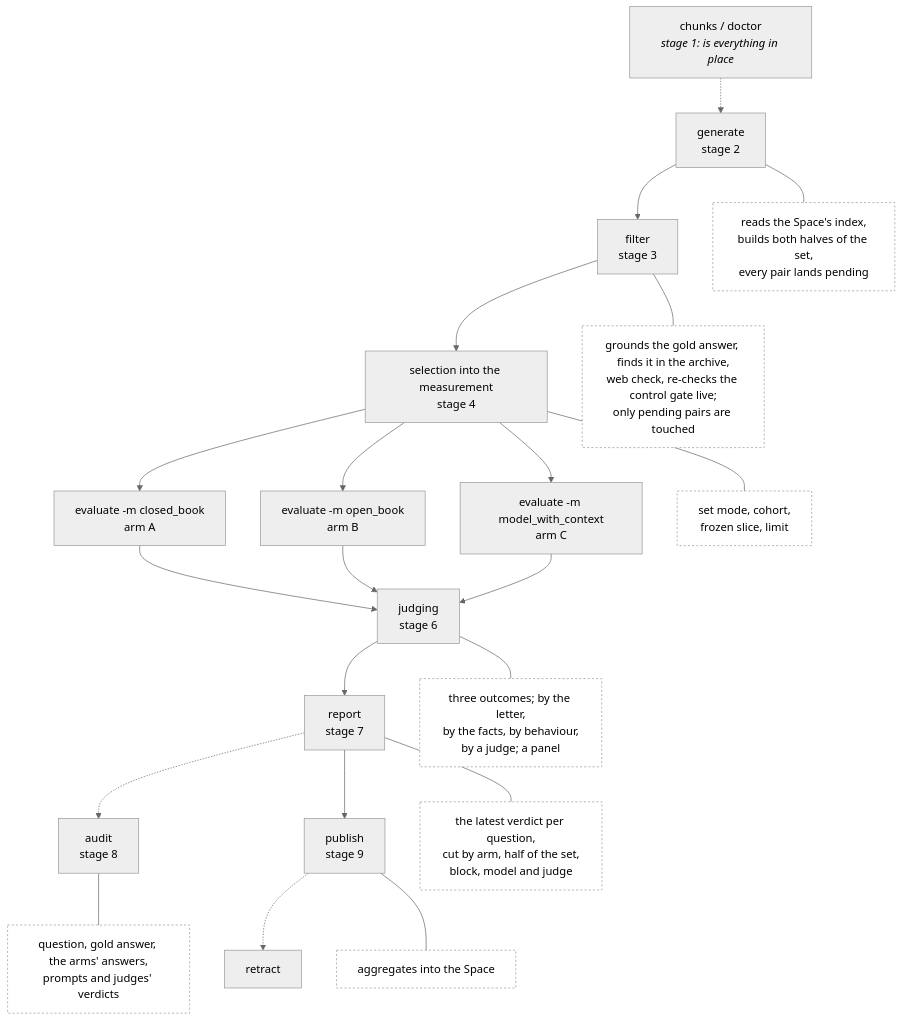
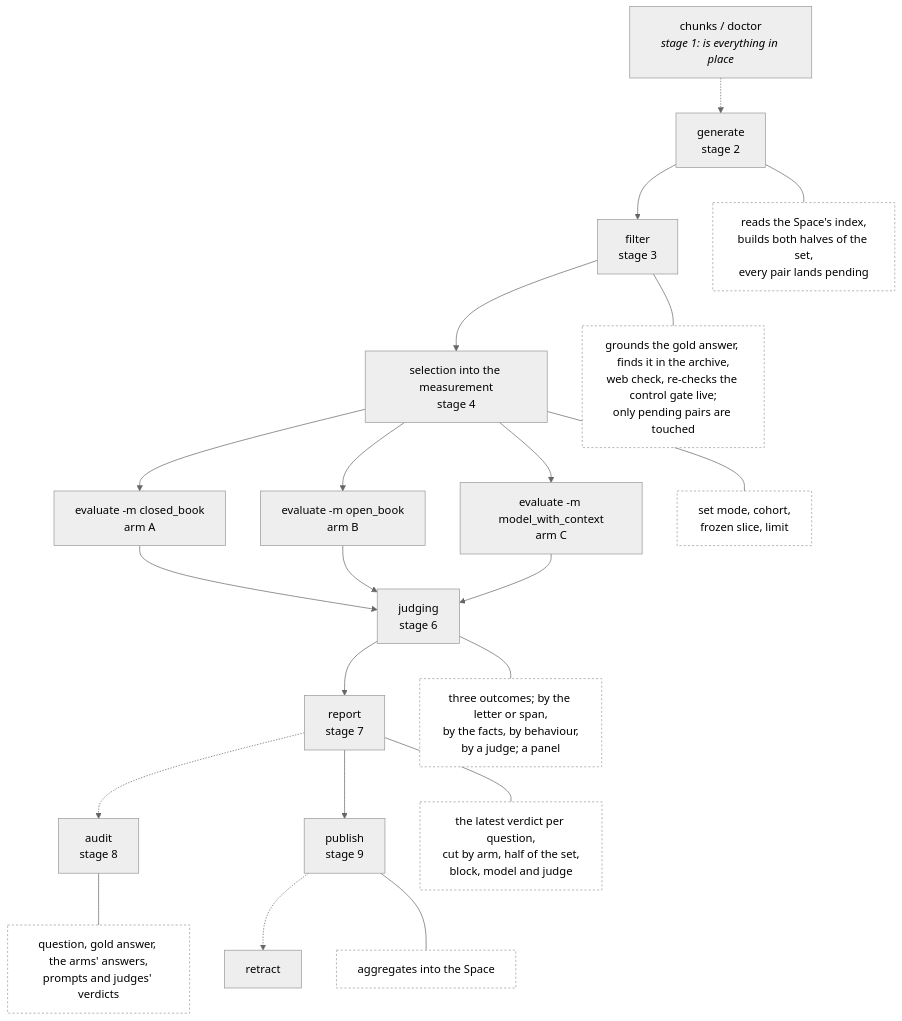
Before and after one commit to OpenMined/syft-space: the second of 2 diagrams in packages/benchmark/docs/README.md, drawn with Mermaid (neutral theme). The commit also changed other lines of this file and 77 other files, not shown here.

````diff
--- a/packages/benchmark/docs/README.md
+++ b/packages/benchmark/docs/README.md
@@ -74,32 +75,32 @@
 ```mermaid
 flowchart TB
     A["chunks / doctor<br/><i>stage 1: is everything in place</i>"] -.-> B
     B["generate<br/>stage 2"] --> FI["filter<br/>stage 3"]
     FI --> S["selection into the measurement<br/>stage 4"]
     S --> C["evaluate -m closed_book<br/>arm A"]
     S --> D["evaluate -m open_book<br/>arm B"]
     S --> H["evaluate -m model_with_context<br/>arm C"]
     C --> J["judging<br/>stage 6"]
     D --> J
     H --> J
     J --> E["report<br/>stage 7"]
     E -.-> AU["audit<br/>stage 8"]
     E --> F["publish<br/>stage 9"]
     F -.-> G["retract"]
 
     B --- b1["reads the Space's index,<br/>builds both halves of the set,<br/>every pair lands pending"]
     FI --- fi1["grounds the gold answer, finds it in the archive,<br/>web check, re-checks the control gate live;<br/>only pending pairs are touched"]
     S --- s1["set mode, cohort,<br/>frozen slice, limit"]
-    J --- j1["three outcomes; by the letter,<br/>by the facts, by behaviour,<br/>by a judge; a panel"]
+    J --- j1["three outcomes; by the letter or span,<br/>by the facts, by behaviour,<br/>by a judge; a panel"]
     E --- e1["the latest verdict per question,<br/>cut by arm, half of the set,<br/>block, model and judge"]
     AU --- a1["question, gold answer, the arms' answers,<br/>prompts and judges' verdicts"]
     F --- f1["aggregates into the Space"]
 
     style b1 fill:#fff,stroke-dasharray: 3 3
     style fi1 fill:#fff,stroke-dasharray: 3 3
     style s1 fill:#fff,stroke-dasharray: 3 3
     style j1 fill:#fff,stroke-dasharray: 3 3
     style e1 fill:#fff,stroke-dasharray: 3 3
     style a1 fill:#fff,stroke-dasharray: 3 3
     style f1 fill:#fff,stroke-dasharray: 3 3
 ```
````
